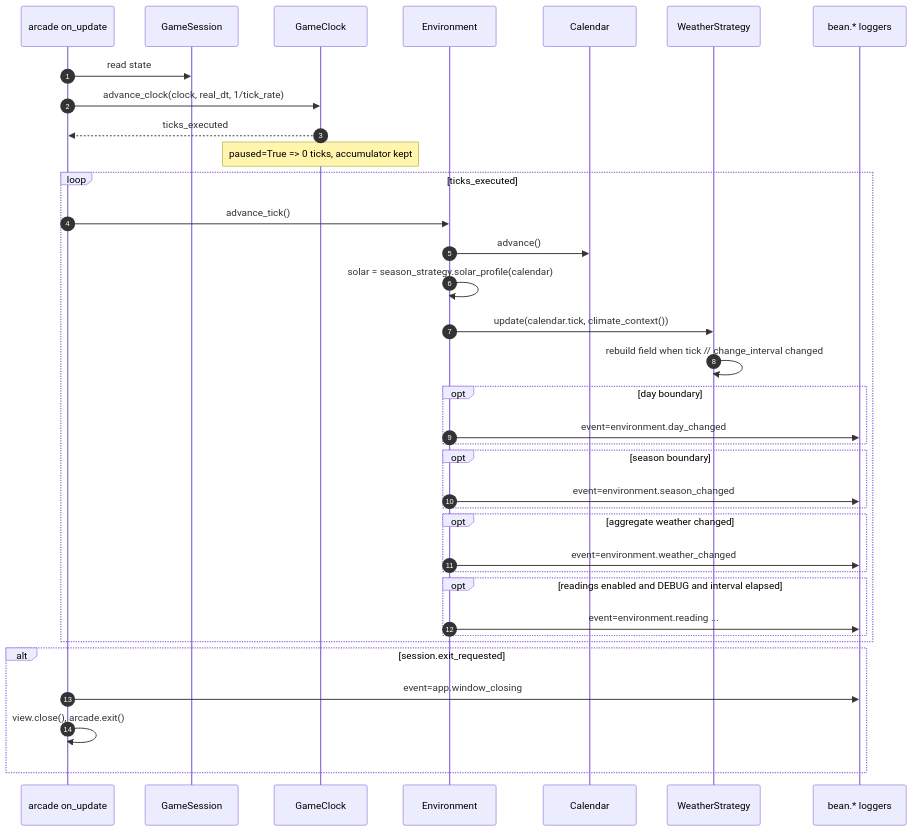
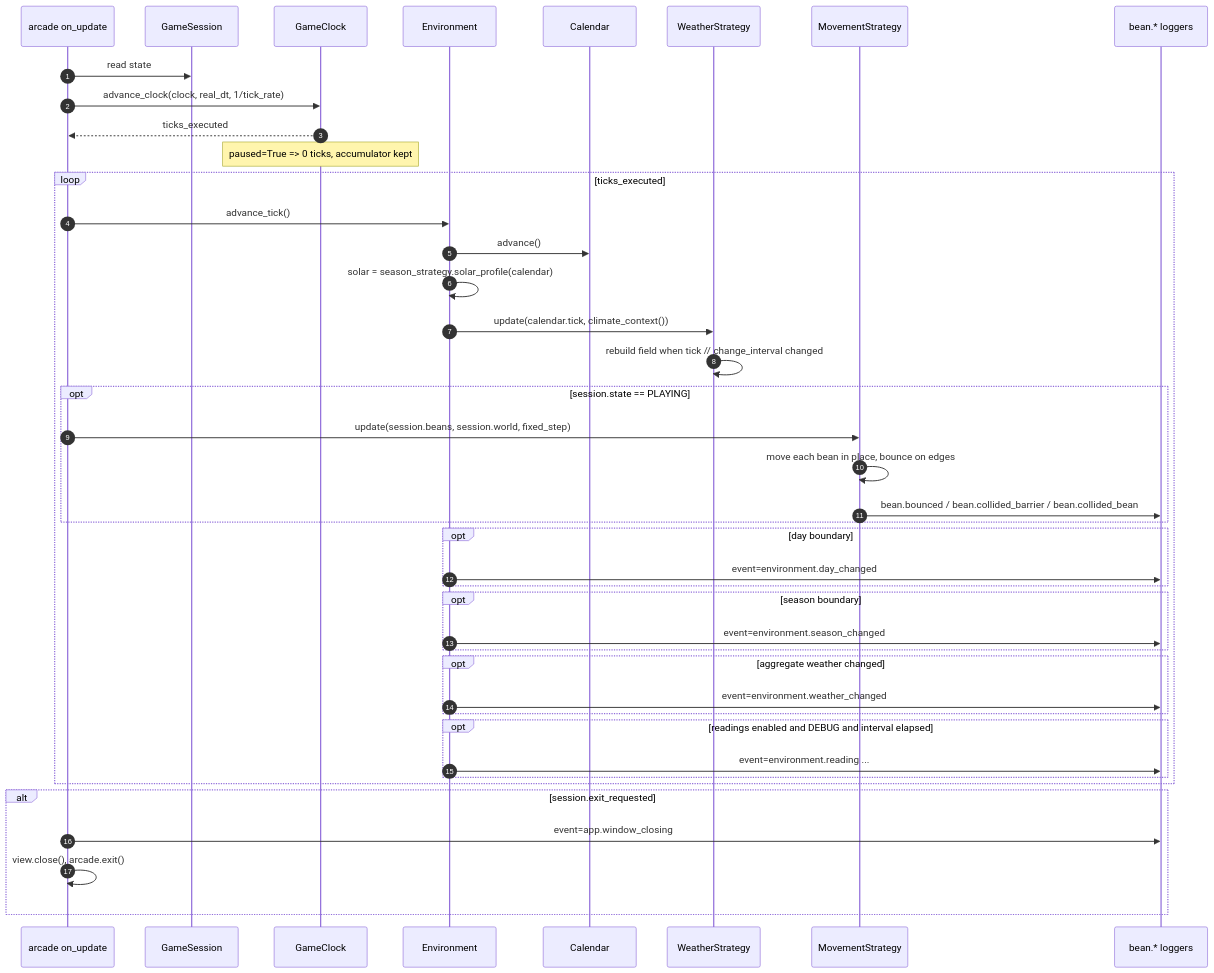
Before and after one commit to m-rossini/bns: the fourth of 10 diagrams in diagrams.md, drawn with Mermaid. The commit also changed other lines of this file and 18 other files, not shown here.

First line of the commit message:
feat(sim): bean creation strategies and straight-line movement

````diff
--- a/diagrams.md
+++ b/diagrams.md
@@ -469,42 +517,49 @@
 ```mermaid
 sequenceDiagram
     autonumber
     participant A as arcade on_update
     participant S as GameSession
     participant GC as GameClock
     participant Env as Environment
     participant Cal as Calendar
     participant W as WeatherStrategy
+    participant MS as MovementStrategy
     participant Log as bean.* loggers
 
     A->>S: read state
     A->>GC: advance_clock(clock, real_dt, 1/tick_rate)
     GC-->>A: ticks_executed
     Note over GC: paused=True => 0 ticks, accumulator kept
 
     loop ticks_executed
         A->>Env: advance_tick()
         Env->>Cal: advance()
         Env->>Env: solar = season_strategy.solar_profile(calendar)
         Env->>W: update(calendar.tick, climate_context())
         W->>W: rebuild field when tick // change_interval changed
+
+        opt session.state == PLAYING
+            A->>MS: update(session.beans, session.world, fixed_step)
+            MS->>MS: move each bean in place, bounce on edges
+            MS->>Log: bean.bounced / bean.collided_barrier / bean.collided_bean
+        end
 
         opt day boundary
             Env->>Log: event=environment.day_changed
         end
         opt season boundary
             Env->>Log: event=environment.season_changed
         end
         opt aggregate weather changed
             Env->>Log: event=environment.weather_changed
         end
         opt readings enabled and DEBUG and interval elapsed
             Env->>Log: event=environment.reading ...
         end
     end
 
     alt session.exit_requested
         A->>Log: event=app.window_closing
         A->>A: view.close(), arcade.exit()
     end
 ```
````
